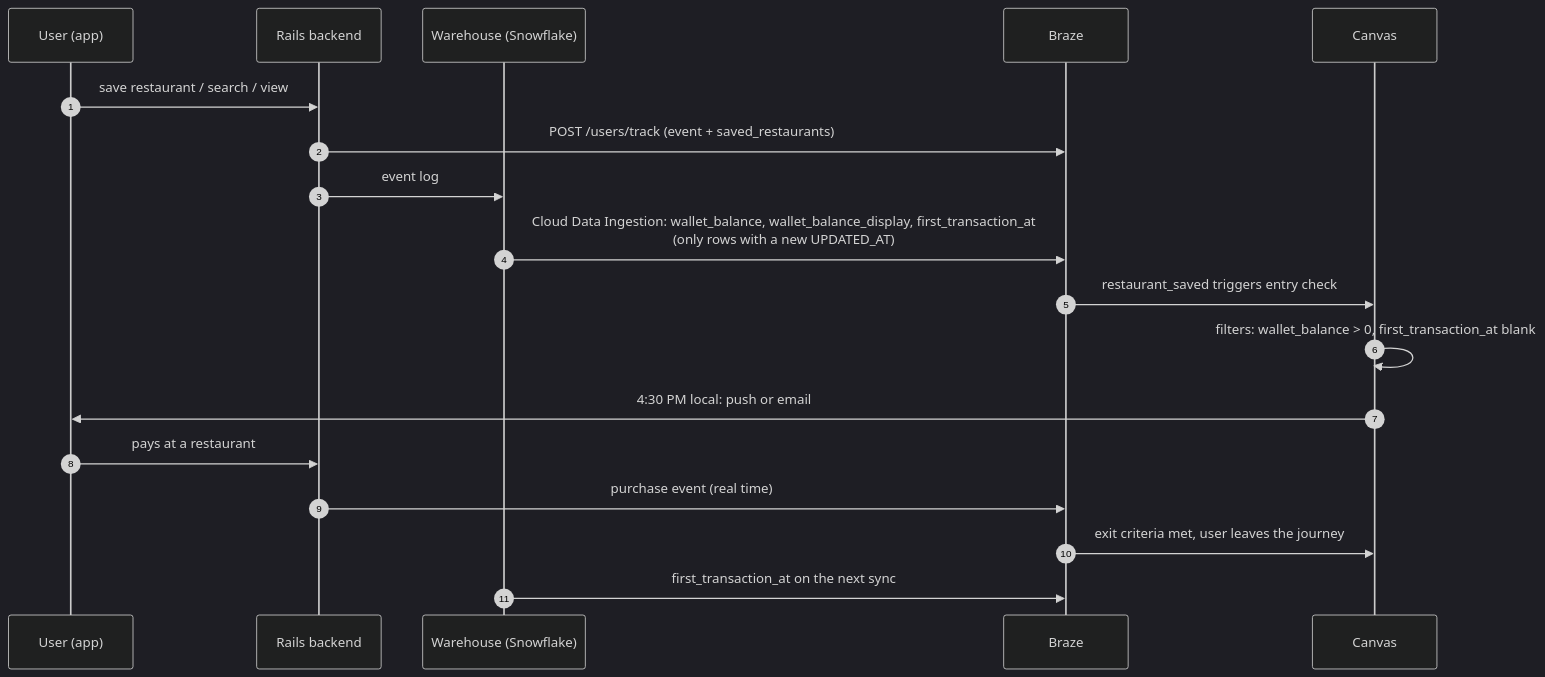
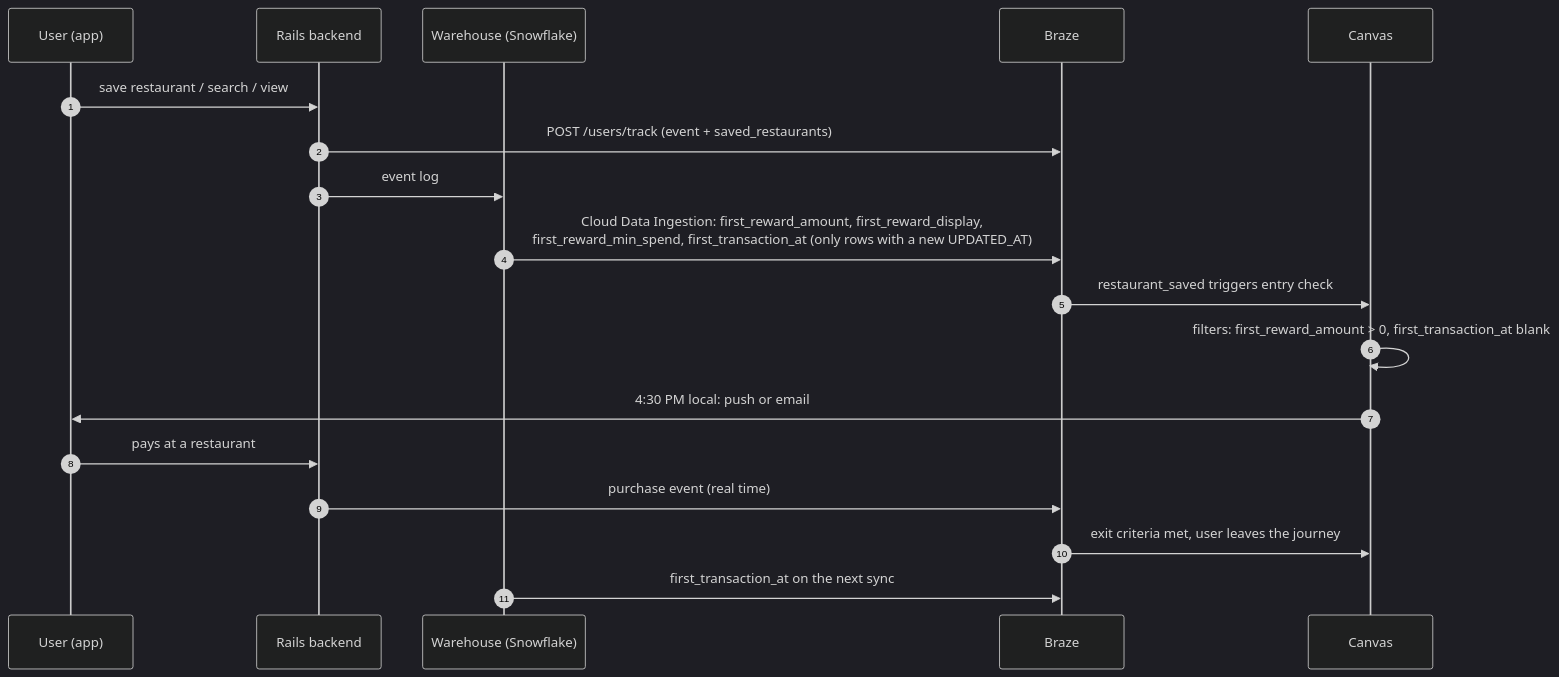
The diagram in 01-data-contract.md (arndvs/inkind-first-credit-journey), drawn with Mermaid (dark theme) before and after one commit. The commit also changed other lines of this file and 4 other files, not shown here.

First line of the commit message:
Model the referral reward ($25 toward a $50+ meal) instead of a wallet balance

````diff
--- a/01-data-contract.md
+++ b/01-data-contract.md
@@ -36,21 +39,21 @@
 ```mermaid
 sequenceDiagram
     autonumber
     participant U as User (app)
     participant BE as Rails backend
     participant DW as Warehouse (Snowflake)
     participant BZ as Braze
     participant C as Canvas
 
     U->>BE: save restaurant / search / view
     BE->>BZ: POST /users/track (event + saved_restaurants)
     BE->>DW: event log
-    DW->>BZ: Cloud Data Ingestion: wallet_balance, wallet_balance_display, first_transaction_at<br/>(only rows with a new UPDATED_AT)
+    DW->>BZ: Cloud Data Ingestion: first_reward_amount, first_reward_display,<br/>first_reward_min_spend, first_transaction_at (only rows with a new UPDATED_AT)
     BZ->>C: restaurant_saved triggers entry check
-    C->>C: filters: wallet_balance > 0, first_transaction_at blank
+    C->>C: filters: first_reward_amount > 0, first_transaction_at blank
     C->>U: 4:30 PM local: push or email
     U->>BE: pays at a restaurant
     BE->>BZ: purchase event (real time)
     BZ->>C: exit criteria met, user leaves the journey
     DW->>BZ: first_transaction_at on the next sync
 ```
````
